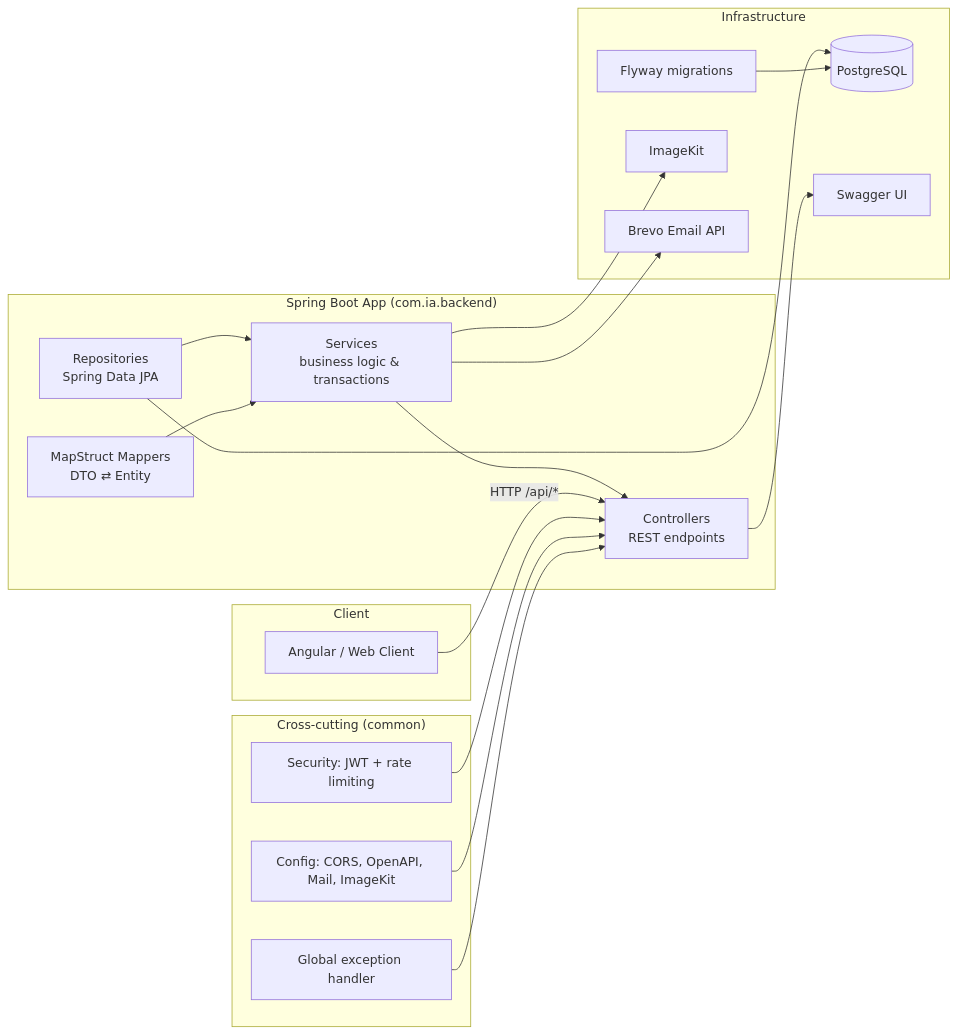
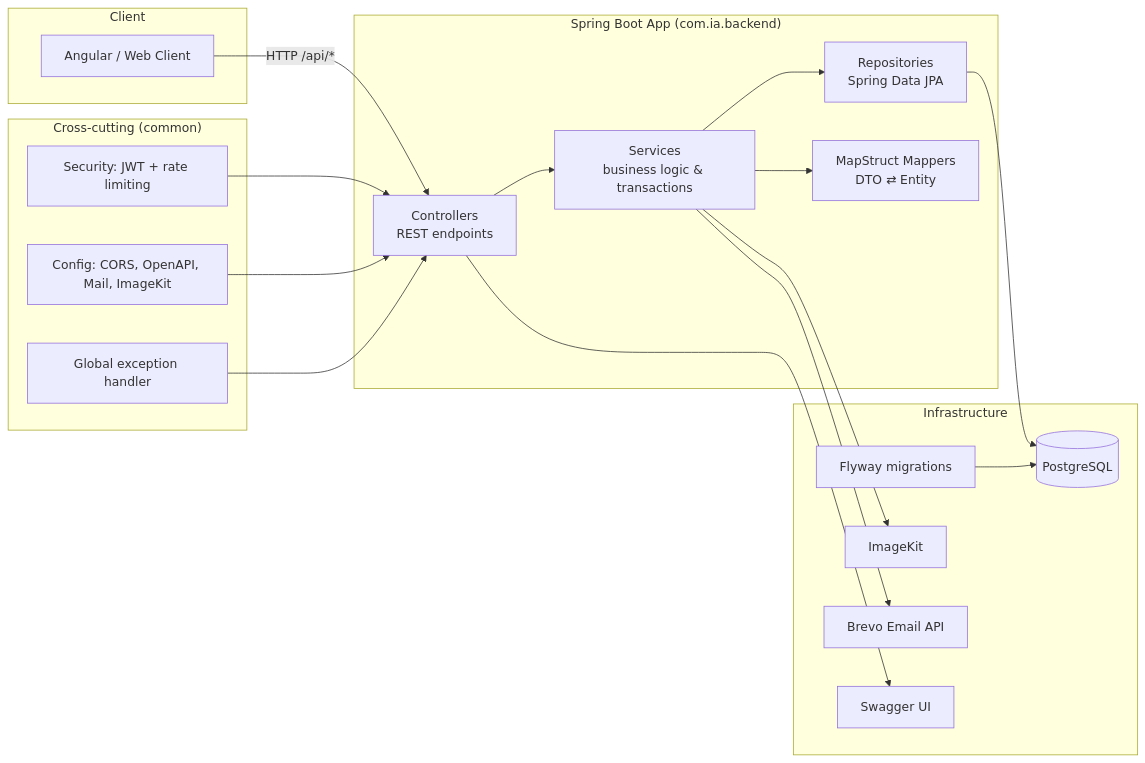
Before and after one commit to zidi-abderrahmen/phone-accessories-backend: the diagram in README.md, drawn with Mermaid. The commit also changed other lines of this file, not shown here.

Commit message:
Fix component flow and enhance Docker port instructions
Updated the README to correct the flow of components and clarify the port configuration for Docker.

````diff
--- a/README.md
+++ b/README.md
@@ -115,40 +115,40 @@
 ```mermaid
 flowchart LR
     subgraph Client
         FE[Angular / Web Client]
     end
 
     subgraph "Spring Boot App (com.ia.backend)"
         C[Controllers<br/>REST endpoints]
         S[Services<br/>business logic & transactions]
-        S --> C
+        C --> S
         R[Repositories<br/>Spring Data JPA]
-        R --> S
+        S --> R
         M[MapStruct Mappers<br/>DTO ⇄ Entity]
-        M --> S
+        S --> M
     end
 
     subgraph "Cross-cutting (common)"
         SEC[Security: JWT + rate limiting]
         CONF[Config: CORS, OpenAPI, Mail, ImageKit]
         EX[Global exception handler]
     end
 
     subgraph Infrastructure
         DB[(PostgreSQL)]
         FLY[Flyway migrations]
         IMG[ImageKit]
         MAIL[Brevo Email API]
         SW[Swagger UI]
     end
 
     FE -->|HTTP /api/*| C
     SEC --> C
     CONF --> C
     EX --> C
     R --> DB
     FLY --> DB
     S --> IMG
     S --> MAIL
     C --> SW
 ```
````
